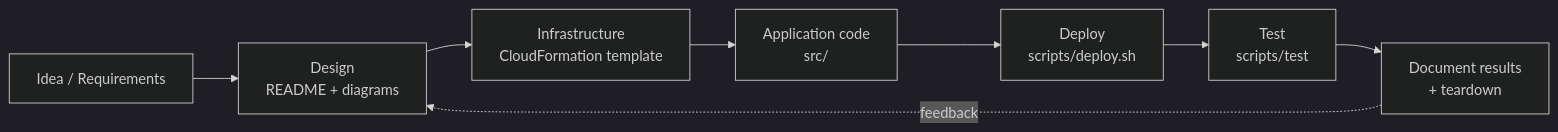
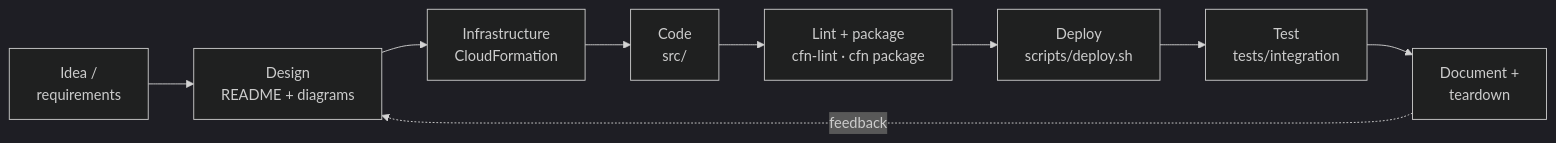
Before and after one commit to TareDevarsh/AWS-cloudformation-projects: the second of 3 diagrams in README.md, drawn with Mermaid (dark theme). The commit also changed other lines of this file and 16 other files, not shown here.

Commit message:
Adopt src/ + tests/ layout, AWS-icon diagrams, badges, linked portfolio map

````diff
--- a/README.md
+++ b/README.md
@@ -18,10 +62,11 @@
 ```mermaid
 flowchart LR
-    A[Idea / Requirements] --> B[Design<br/>README + diagrams]
-    B --> C[Infrastructure<br/>CloudFormation template]
-    C --> D[Application code<br/>src/]
-    D --> E[Deploy<br/>scripts/deploy.sh]
-    E --> F[Test<br/>scripts/test]
-    F --> G[Document results<br/>+ teardown]
-    G -.feedback.-> B
+    A[Idea /<br/>requirements] --> B[Design<br/>README + diagrams]
+    B --> C[Infrastructure<br/>CloudFormation]
+    C --> D[Code<br/>src/]
+    D --> E[Lint + package<br/>cfn-lint · cfn package]
+    E --> F[Deploy<br/>scripts/deploy.sh]
+    F --> G[Test<br/>tests/integration]
+    G --> H[Document +<br/>teardown]
+    H -.feedback.-> B
 ```
````
